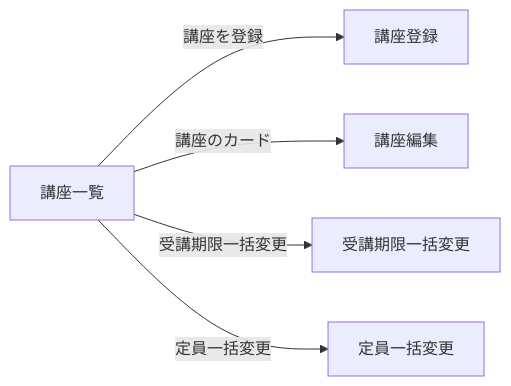
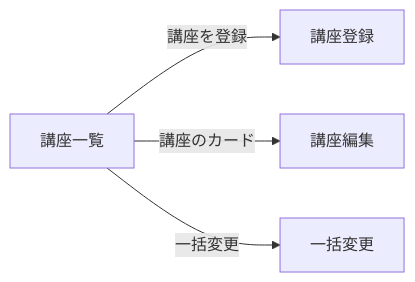
The diagram in docs/specs/screens/instructor-course-list.md (yukihiroLaravel/juko_next), drawn with Mermaid before and after one commit. The commit also changed other lines of this file and 9 other files, not shown here.

````diff
--- a/docs/specs/screens/instructor-course-list.md
+++ b/docs/specs/screens/instructor-course-list.md
@@ -49,7 +52,6 @@
 ```mermaid
 flowchart LR
     list[講座一覧] -->|講座を登録| create[講座登録]
     list -->|講座のカード| edit[講座編集]
-    list -->|受講期限一括変更| deadline[受講期限一括変更]
-    list -->|定員一括変更| capacity[定員一括変更]
+    list -->|一括変更| bulk[一括変更]
 ```
````
